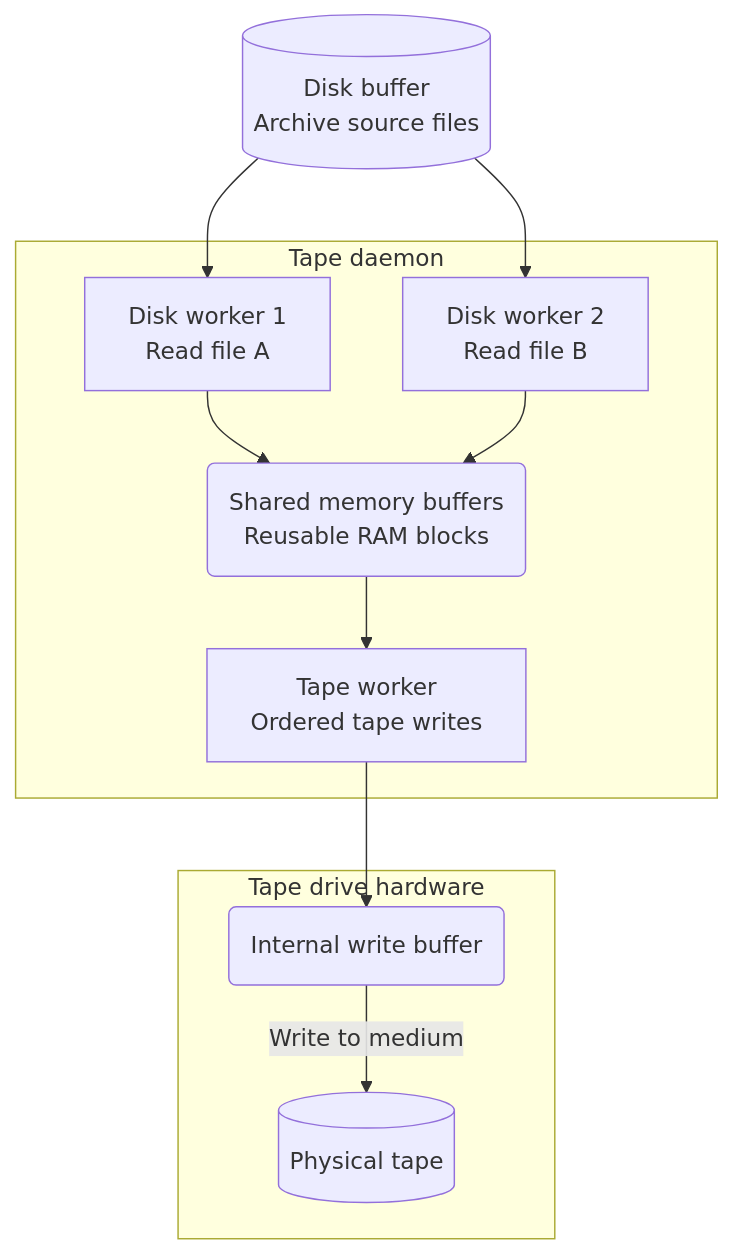
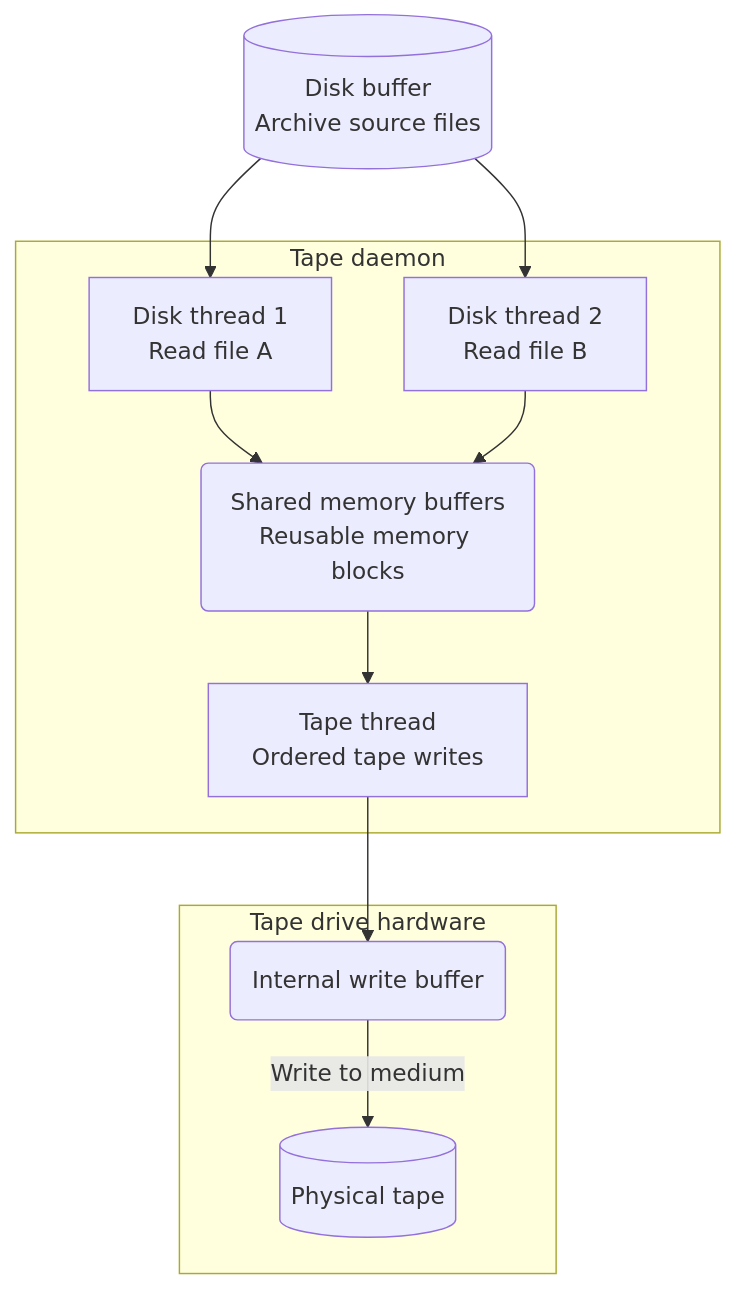
One commit to cern-cta/CTA changed the second of 3 diagrams in docs/content/concepts/components/tape-daemon.md. Above: the diagram before and after it, drawn with Mermaid. The commit also changed other lines of this file and 3 other files, not shown here.

````diff
--- a/docs/content/concepts/components/tape-daemon.md
+++ b/docs/content/concepts/components/tape-daemon.md
@@ -424,21 +421,21 @@
 ```mermaid
 flowchart TB
     disk[("Disk buffer<br/>Archive source files")]
     subgraph daemon["Tape daemon"]
-        reader1["Disk worker 1<br/>Read file A"]
-        reader2["Disk worker 2<br/>Read file B"]
-        memory("Shared memory buffers<br/>Reusable RAM blocks")
-        writer["Tape worker<br/>Ordered tape writes"]
+        reader1["Disk thread 1<br/>Read file A"]
+        reader2["Disk thread 2<br/>Read file B"]
+        memory("Shared memory buffers<br/>Reusable memory blocks")
+        writer["Tape thread<br/>Ordered tape writes"]
         reader1 --> memory
         reader2 --> memory
         memory --> writer
     end
     subgraph drive["Tape drive hardware"]
         buffer("Internal write buffer")
         tape[("Physical tape")]
         buffer -->|Write to medium| tape
     end
     disk --> reader1
     disk --> reader2
     writer --> buffer
 ```
````
